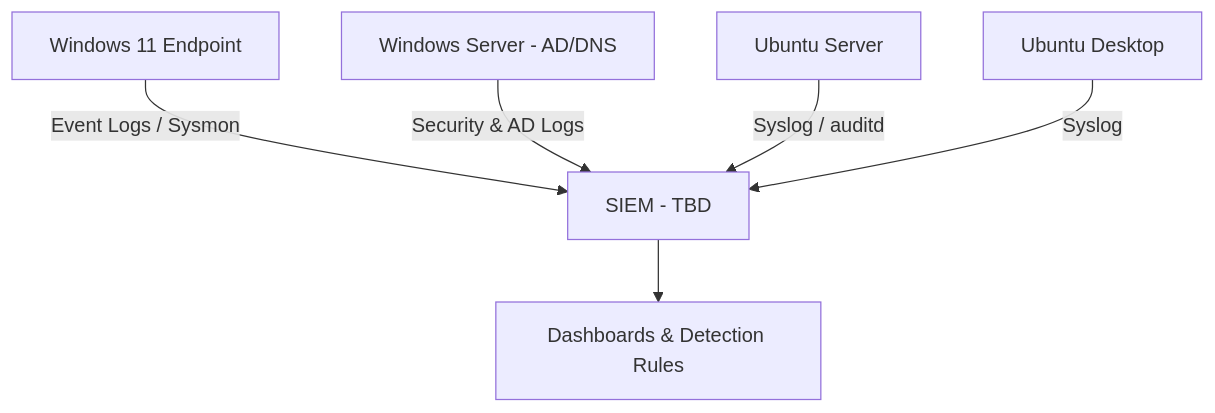
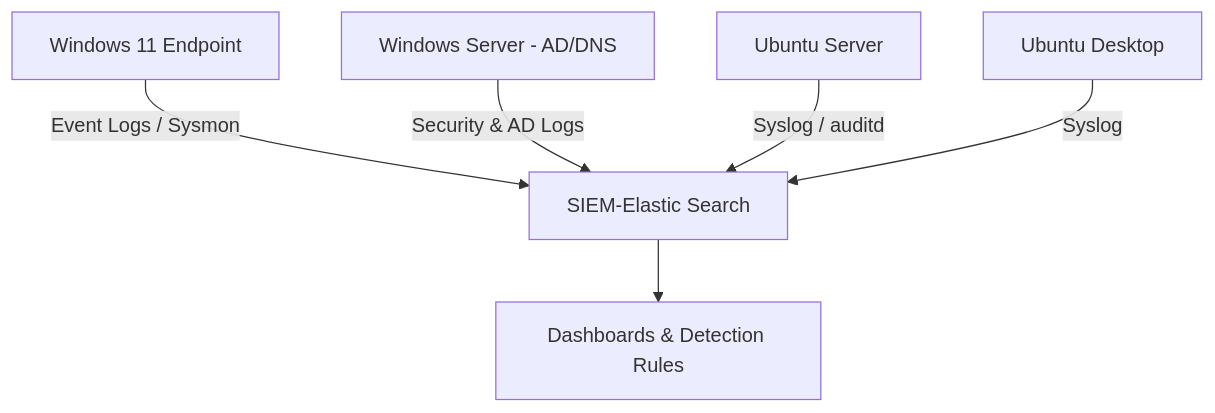
The diagram in README.md (Tmitchy/-SOC-Home-Lab-Build), drawn with Mermaid before and after one commit.

````diff
--- a/README.md
+++ b/README.md
@@ -33,8 +33,8 @@
 ```mermaid
 graph TD
-    A[Windows 11 Endpoint] -->|Event Logs / Sysmon| S[SIEM - TBD]
+    A[Windows 11 Endpoint] -->|Event Logs / Sysmon| S[SIEM-Elastic Search]
     B[Windows Server - AD/DNS] -->|Security & AD Logs| S
     C[Ubuntu Server] -->|Syslog / auditd| S
     D[Ubuntu Desktop] -->|Syslog| S
     S --> E[Dashboards & Detection Rules]
 ```
````
